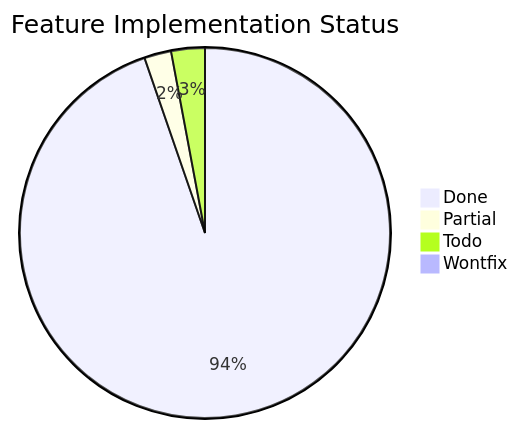
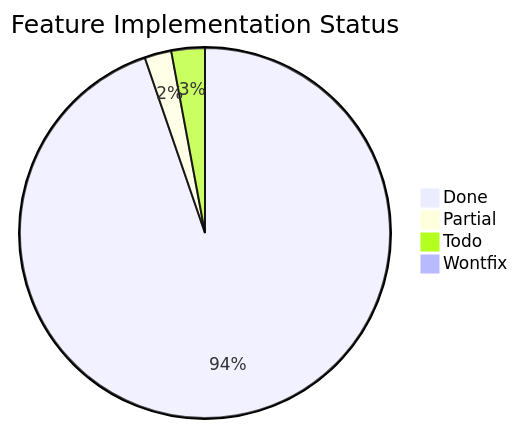
The third of 3 diagrams in docs/word-features.md (Papyrine/Morph), drawn with Mermaid before and after one commit. The commit also changed other lines of this file, not shown here.

````diff
--- a/docs/word-features.md
+++ b/docs/word-features.md
@@ -2384,7 +2384,7 @@
 ```mermaid
 pie title Feature Implementation Status
-    "Done" : 161
+    "Done" : 162
     "Partial" : 4
     "Todo" : 5
     "Wontfix" : 1
 ```
````
